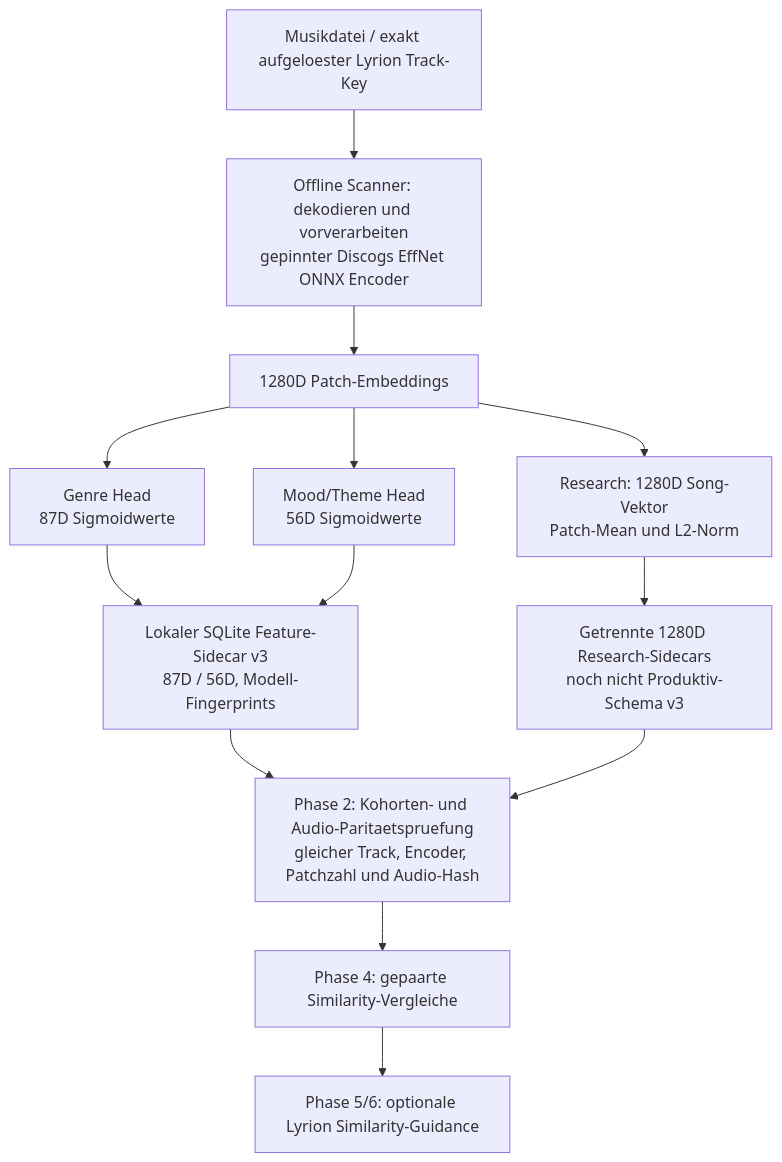
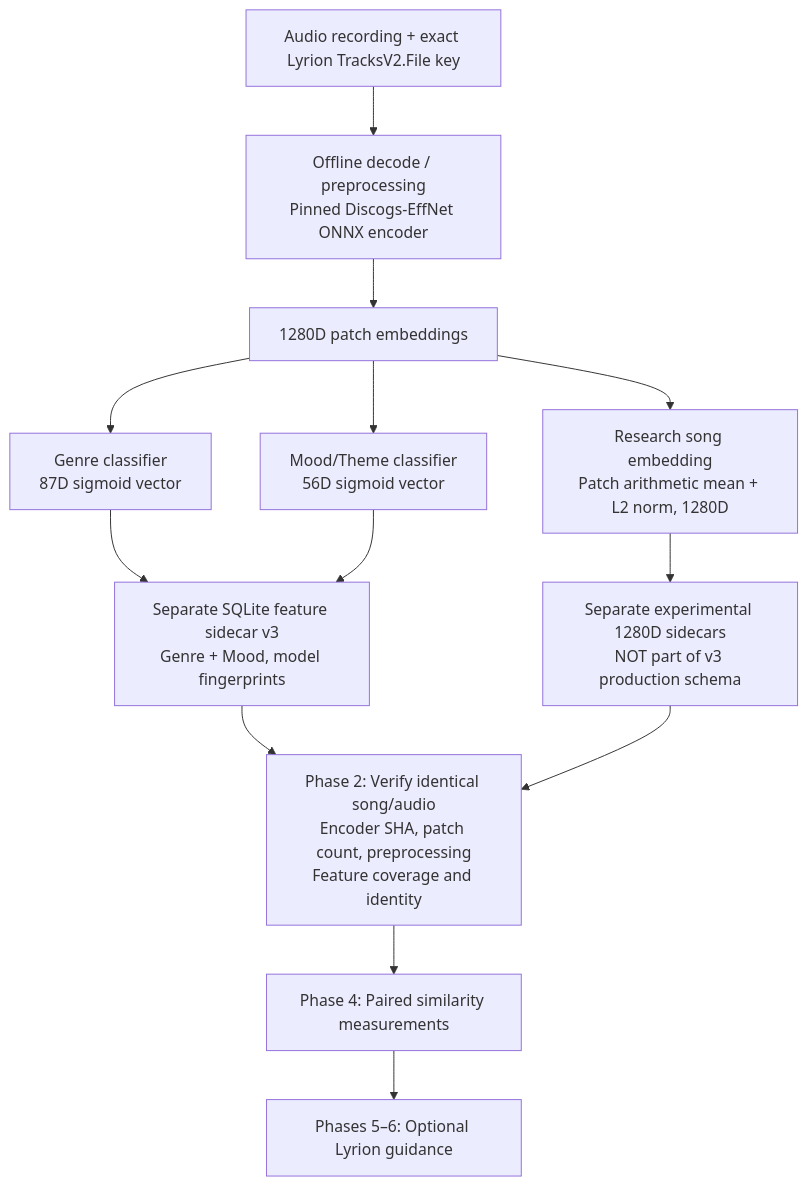
One commit to chrober/bliss-mood-poc changed the second of 4 diagrams in docs/similarity-lyrion-roadmap.md. Above: the diagram before and after it, drawn with Mermaid. The commit also changed other lines of this file, not shown here.

Commit message:
docs: rewrite complete phase 0-6 Mermaid roadmap in English and mark phase 0 partially verified

````diff
--- a/docs/similarity-lyrion-roadmap.md
+++ b/docs/similarity-lyrion-roadmap.md
@@ -74,22 +69,22 @@
 ```mermaid
 flowchart TD
-    AUDIO["Musikdatei / exakt aufgeloester Lyrion Track-Key"]
-    ANALYZER["Offline Scanner: dekodieren und vorverarbeiten<br/>gepinnter Discogs EffNet ONNX Encoder"]
-    ENCODER["1280D Patch-Embeddings"]
-    MOOD["Mood/Theme Head<br/>56D Sigmoidwerte"]
-    GENRE["Genre Head<br/>87D Sigmoidwerte"]
-    ESONG["Research: 1280D Song-Vektor<br/>Patch-Mean und L2-Norm"]
-    DB["Lokaler SQLite Feature-Sidecar v3<br/>87D / 56D, Modell-Fingerprints"]
-    ED["Getrennte 1280D Research-Sidecars<br/>noch nicht Produktiv-Schema v3"]
-    CHECK["Phase 2: Kohorten- und Audio-Paritaetspruefung<br/>gleicher Track, Encoder, Patchzahl und Audio-Hash"]
-    SCORE["Phase 4: gepaarte Similarity-Vergleiche"]
-    LIVE["Phase 5/6: optionale Lyrion Similarity-Guidance"]
+    SONG["Audio recording + exact Lyrion TracksV2.File key"]
+    PRE["Offline decode / preprocessing<br/>Pinned Discogs-EffNet ONNX encoder"]
+    PATCH["1280D patch embeddings"]
+    GENRE["Genre classifier<br/>87D sigmoid vector"]
+    MOOD["Mood/Theme classifier<br/>56D sigmoid vector"]
+    POOL["Research song embedding<br/>Patch arithmetic mean + L2 norm, 1280D"]
+    DB["Separate SQLite feature sidecar v3<br/>Genre + Mood, model fingerprints"]
+    EMB["Separate experimental 1280D sidecars<br/>NOT part of v3 production schema"]
+    AUDIT["Phase 2: Verify identical song/audio<br/>Encoder SHA, patch count, preprocessing<br/>Feature coverage and identity"]
+    SCORE["Phase 4: Paired similarity measurements"]
+    LY["Phases 5–6: Optional Lyrion guidance"]
 
-    AUDIO --> ANALYZER --> ENCODER
-    ENCODER --> GENRE --> DB
-    ENCODER --> MOOD --> DB
-    ENCODER --> ESONG --> ED
-    DB --> CHECK
-    ED --> CHECK
-    CHECK --> SCORE --> LIVE
+    SONG --> PRE --> PATCH
+    PATCH --> GENRE --> DB
+    PATCH --> MOOD --> DB
+    PATCH --> POOL --> EMB
+    DB --> AUDIT
+    EMB --> AUDIT
+    AUDIT --> SCORE --> LY
 ```
````
